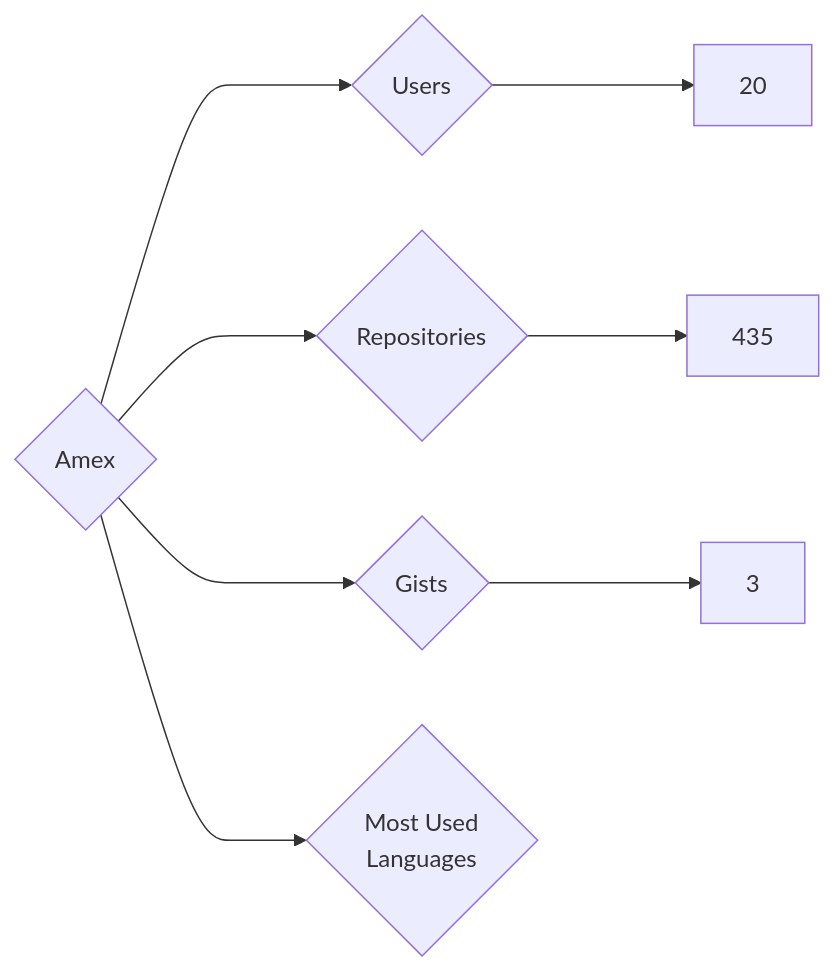
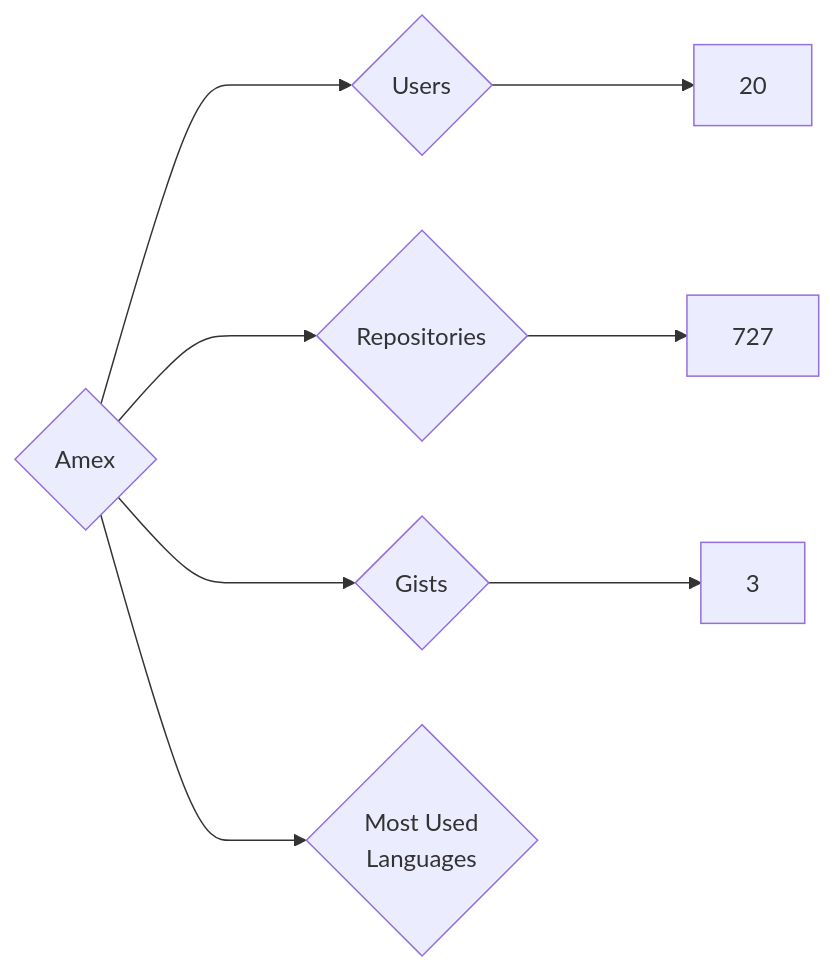
The diagram in targets/Amex/README.md (nenadzaric/insiders), drawn with Mermaid before and after one commit. The commit also changed 53 other files, not shown here.

````diff
--- a/targets/Amex/README.md
+++ b/targets/Amex/README.md
@@ -3,8 +3,8 @@
 ```mermaid
 graph LR
 COMPANY_NAME{Amex}
 COMPANY_NAME ---> U{Users} ---> UN[20]
-COMPANY_NAME ---> R{Repositories} ---> RN[435]
+COMPANY_NAME ---> R{Repositories} ---> RN[727]
 COMPANY_NAME ---> G{Gists} ---> GN[3]
 COMPANY_NAME ---> ML{Most Used<br>Languages}
 ```
````
